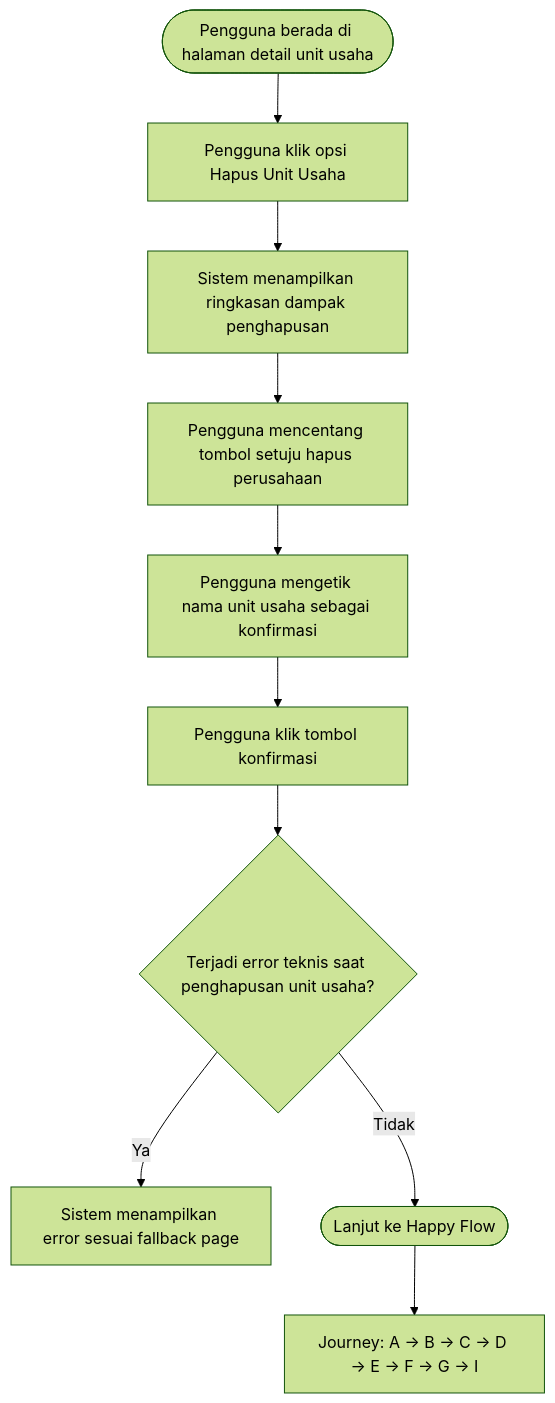
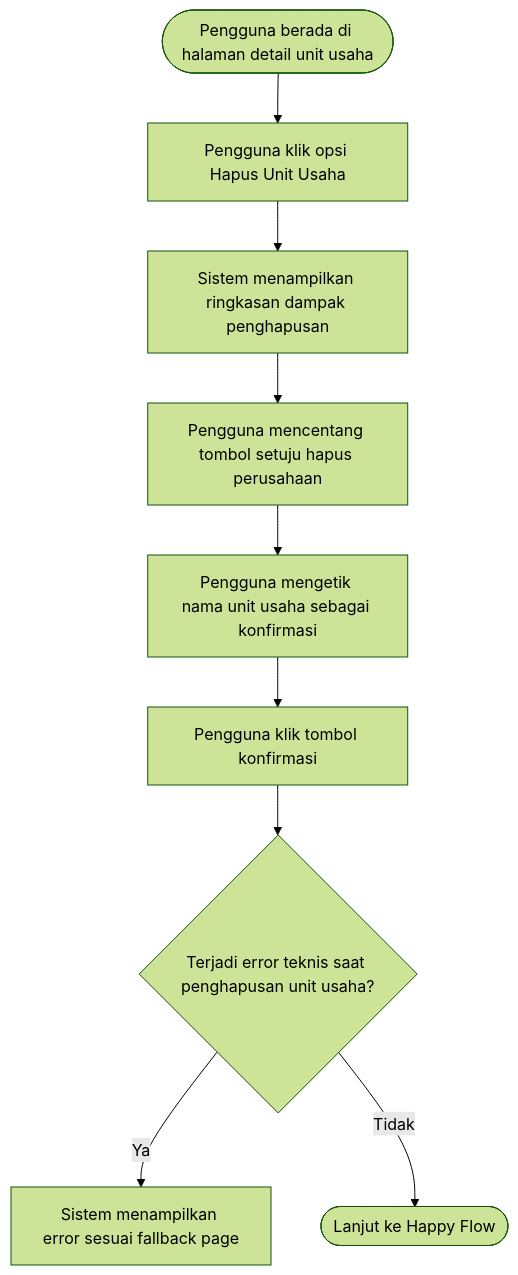
One commit to agestyarizki/groapp-markdown changed diagram 34 of 39 in PRD-D.md. Above: the diagram before and after it, drawn with Mermaid (forest theme). The commit also changed other lines of this file, not shown here.

````diff
--- a/PRD-D.md
+++ b/PRD-D.md
@@ -4402,17 +4255,14 @@
 ```mermaid
 flowchart TD
     A([Pengguna berada di halaman detail unit usaha])
         --> B[Pengguna klik opsi Hapus Unit Usaha]
     B --> C[Sistem menampilkan ringkasan dampak penghapusan]
     C --> D[Pengguna mencentang tombol setuju hapus perusahaan]
     D --> E[Pengguna mengetik nama unit usaha sebagai konfirmasi]
     E --> F[Pengguna klik tombol konfirmasi]
     %% ERROR TEKNIS
     F --> G{Terjadi error teknis saat penghapusan unit usaha?}
     G -->|Ya| H[Sistem menampilkan error sesuai fallback page]
     G -->|Tidak| I([Lanjut ke Happy Flow])
-    %% Journey Flow
-    J["Journey: A → B → C → D → E → F → G → I"]
-    I --> J
 
 ```
````
